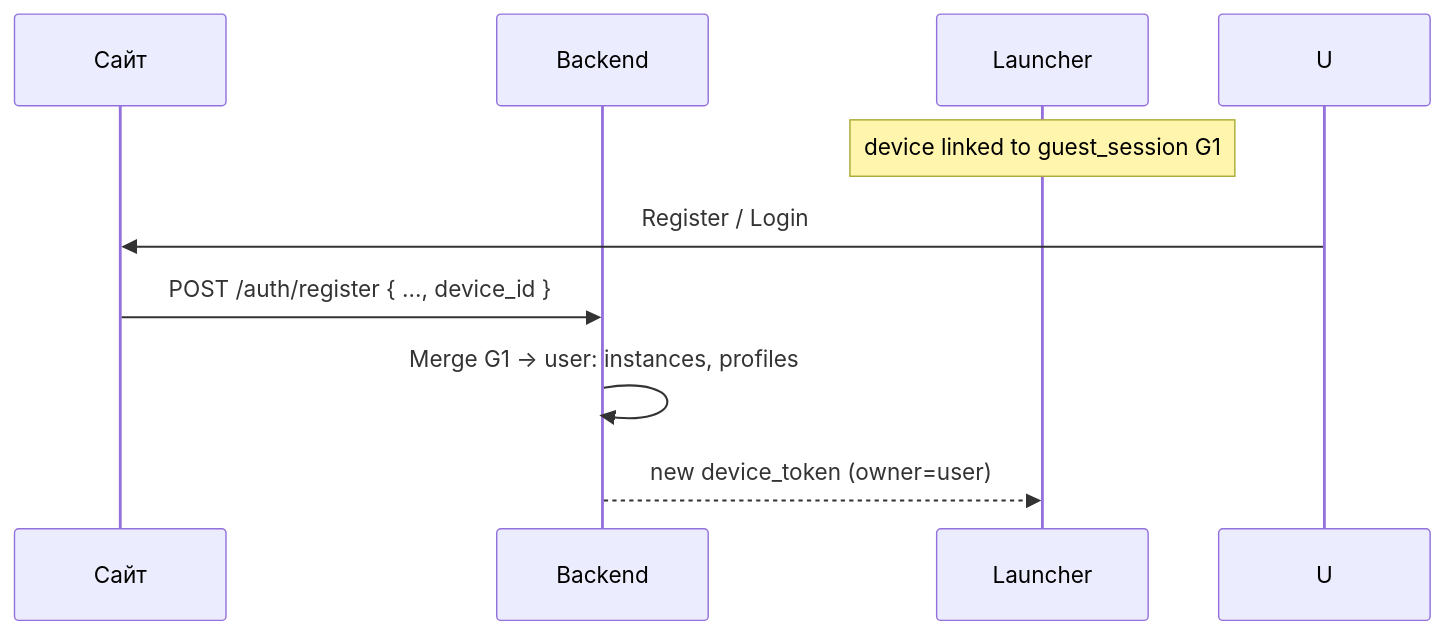
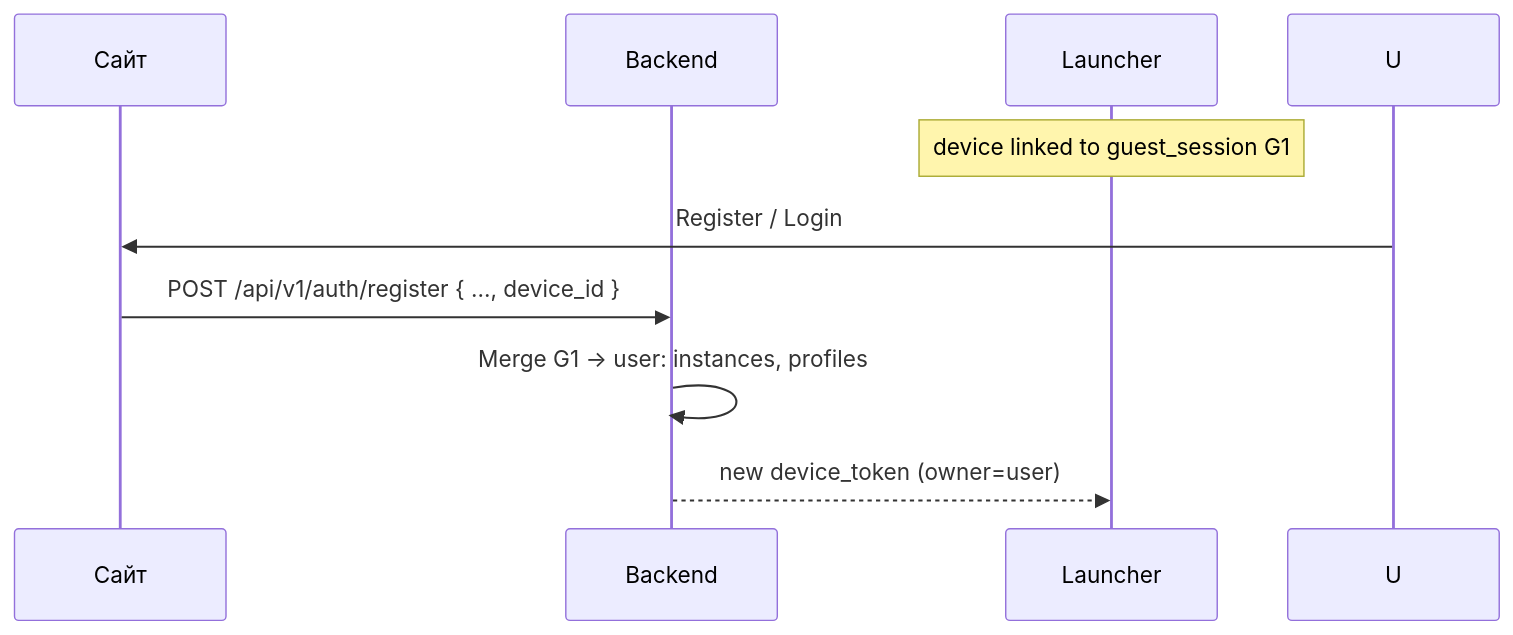
One commit to mindevis/qx-project changed the second of 3 diagrams in docs/device-linking.md. Above: the diagram before and after it, drawn with Mermaid. The commit also changed other lines of this file and 129 other files, not shown here.

First line of the commit message:
Implement Phase 0 foundation: auth API, QXWeb UI, and full test coverage.

````diff
--- a/docs/device-linking.md
+++ b/docs/device-linking.md
@@ -114,12 +116,12 @@
 ```mermaid
 sequenceDiagram
     participant Web as Сайт
     participant API as Backend
     participant L as Launcher
 
     Note over L: device linked to guest_session G1
     U->>Web: Register / Login
-    Web->>API: POST /auth/register { ..., device_id }
+    Web->>API: POST /api/v1/auth/register { ..., device_id }
     API->>API: Merge G1 → user: instances, profiles
     API-->>L: new device_token (owner=user)
 ```
````
